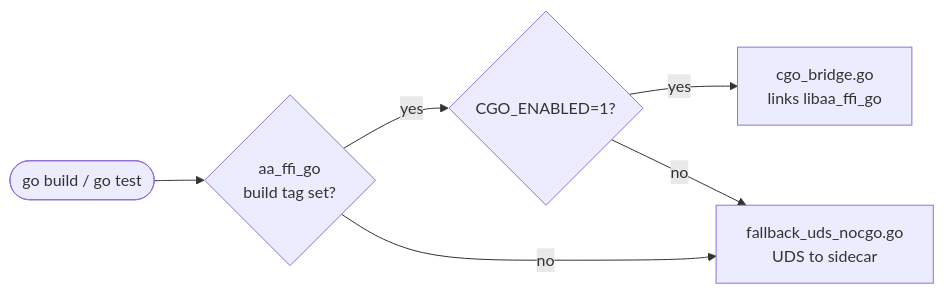
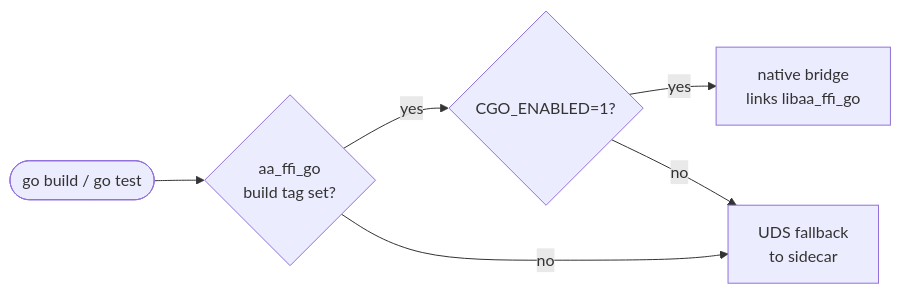
One commit to ai-agent-assembly/go-sdk changed the third of 4 diagrams in docs/core-concepts.md. Above: the diagram before and after it, drawn with Mermaid. The commit also changed other lines of this file, not shown here.

First line of the commit message:
📝 (docs): Fold Architecture into Core Concepts with lifecycle + modes

````diff
--- a/docs/core-concepts.md
+++ b/docs/core-concepts.md
@@ -92,14 +176,14 @@
 ```mermaid
 flowchart LR
     start([go build / go test])
     tag{aa_ffi_go<br/>build tag set?}
     cgo{CGO_ENABLED=1?}
-    native[cgo_bridge.go<br/>links libaa_ffi_go]
-    fallback[fallback_uds_nocgo.go<br/>UDS to sidecar]
+    native[native bridge<br/>links libaa_ffi_go]
+    fallback[UDS fallback<br/>to sidecar]
 
     start --> tag
     tag -- "yes" --> cgo
     tag -- "no" --> fallback
     cgo -- "yes" --> native
     cgo -- "no" --> fallback
 ```
````
